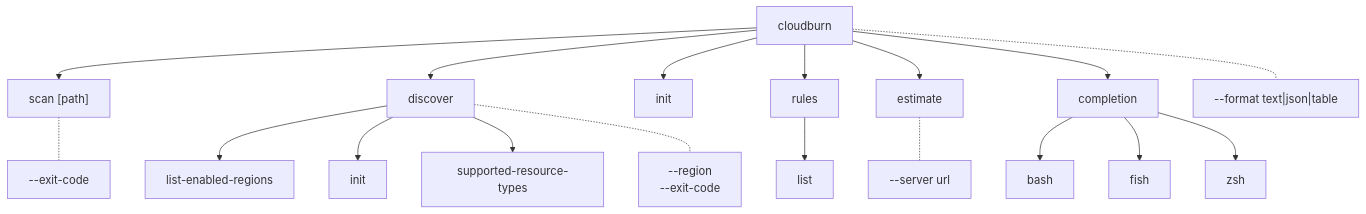
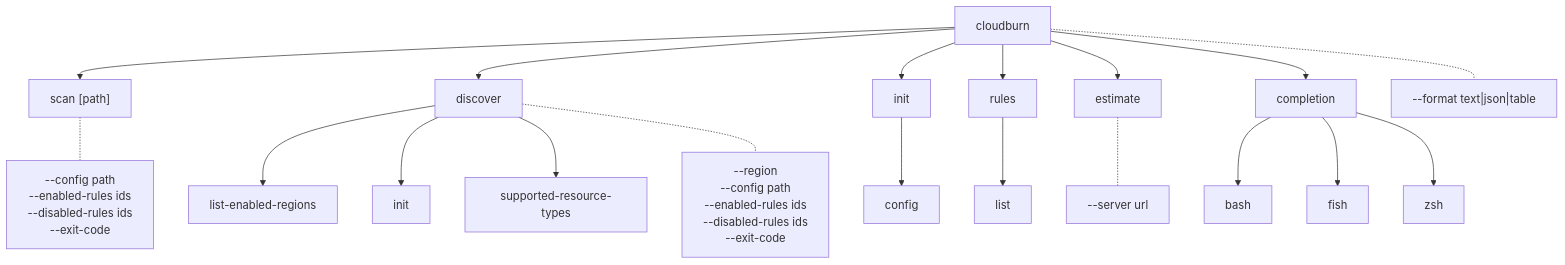
One commit to towardsthecloud/cloudburn changed the first of 2 diagrams in docs/architecture/cli.md. Above: the diagram before and after it, drawn with Mermaid. The commit also changed other lines of this file and 32 other files, not shown here.

````diff
--- a/docs/architecture/cli.md
+++ b/docs/architecture/cli.md
@@ -5,21 +5,22 @@
 ```mermaid
 graph TD
   Root["cloudburn"] --> Scan["scan [path]"]
   Root --> Discover["discover"]
   Root --> Init["init"]
   Root --> Rules["rules"]
   Root --> Estimate["estimate"]
   Root --> Completion["completion"]
   Rules --> RulesList["list"]
+  Init --> InitConfig["config"]
   Discover --> DiscoverRegions["list-enabled-regions"]
   Discover --> DiscoverInit["init"]
   Discover --> DiscoverTypes["supported-resource-types"]
   Completion --> CompletionBash["bash"]
   Completion --> CompletionFish["fish"]
   Completion --> CompletionZsh["zsh"]
 
   Root -.- RootFlags["--format text|json|table"]
-  Scan -.- ScanFlags["--exit-code"]
-  Discover -.- DiscoverFlags["--region <region|all>\n--exit-code"]
+  Scan -.- ScanFlags["--config path\n--enabled-rules ids\n--disabled-rules ids\n--exit-code"]
+  Discover -.- DiscoverFlags["--region <region|all>\n--config path\n--enabled-rules ids\n--disabled-rules ids\n--exit-code"]
   Estimate -.- EstimateFlags["--server url"]
 ```
````
